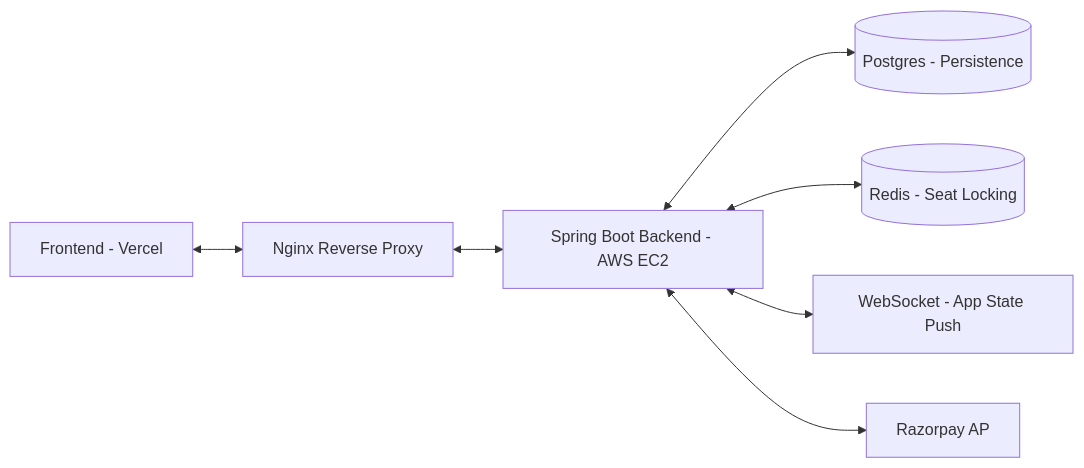
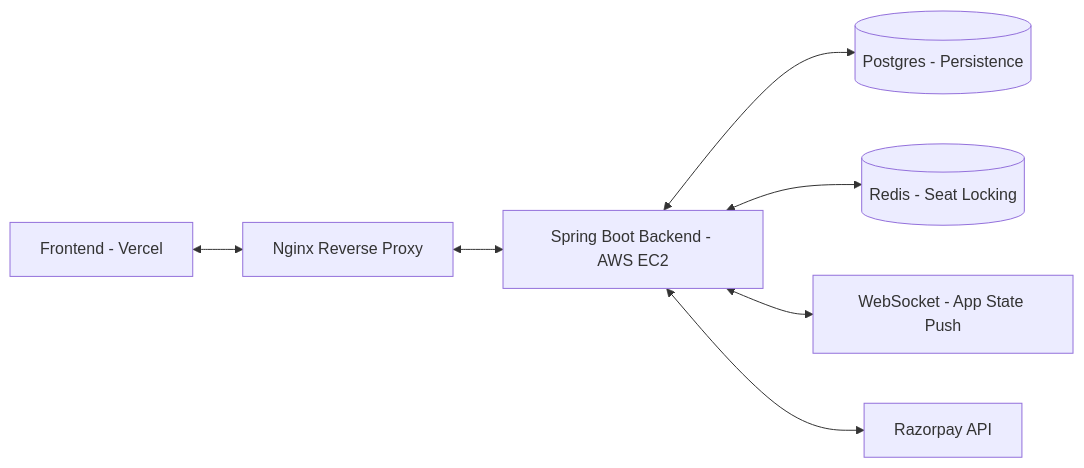
Before and after one commit to simplyhemant/simplyCinema: the diagram in README.md, drawn with Mermaid.

````diff
--- a/README.md
+++ b/README.md
@@ -41,9 +41,9 @@
 ```mermaid
 graph LR
     A[Frontend - Vercel] <--> B[Nginx Reverse Proxy]
     B <--> C[Spring Boot Backend - AWS EC2]
     C <--> D[(Postgres - Persistence)]
     C <--> E[(Redis - Seat Locking)]
     C <--> G[WebSocket - App State Push]
-    C <--> F[Razorpay AP]
+    C <--> F[Razorpay API]
 ```
````
